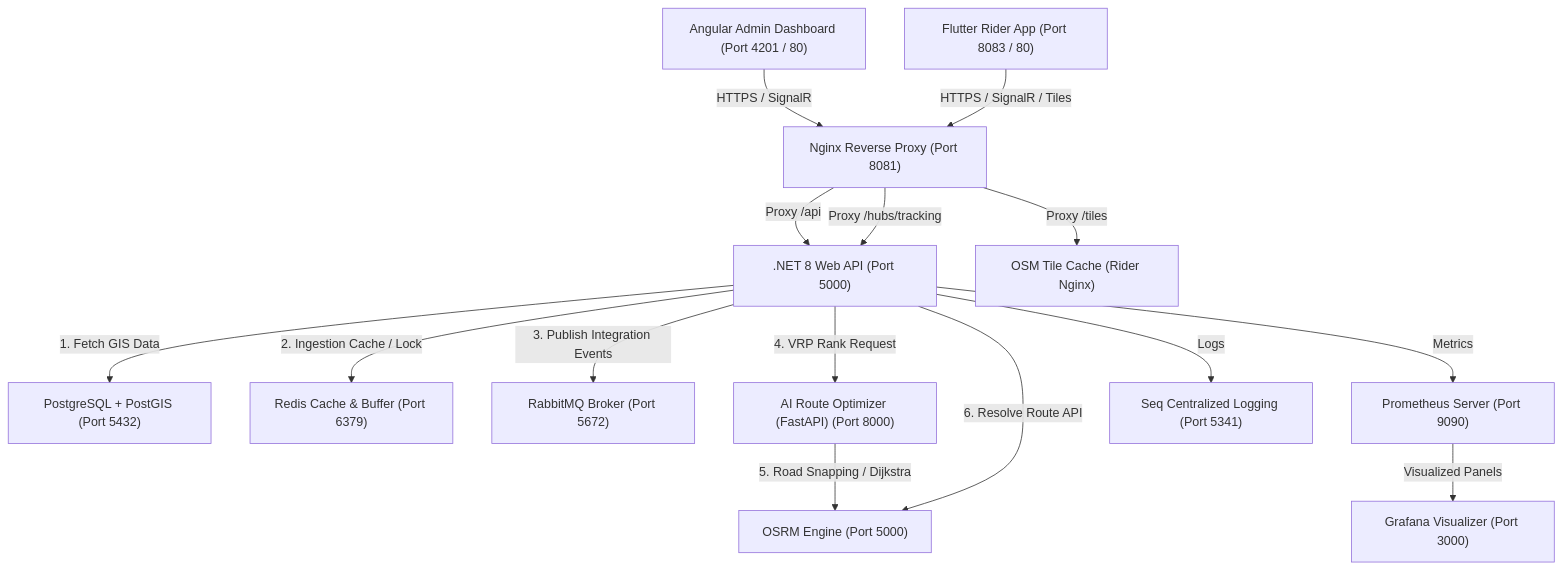
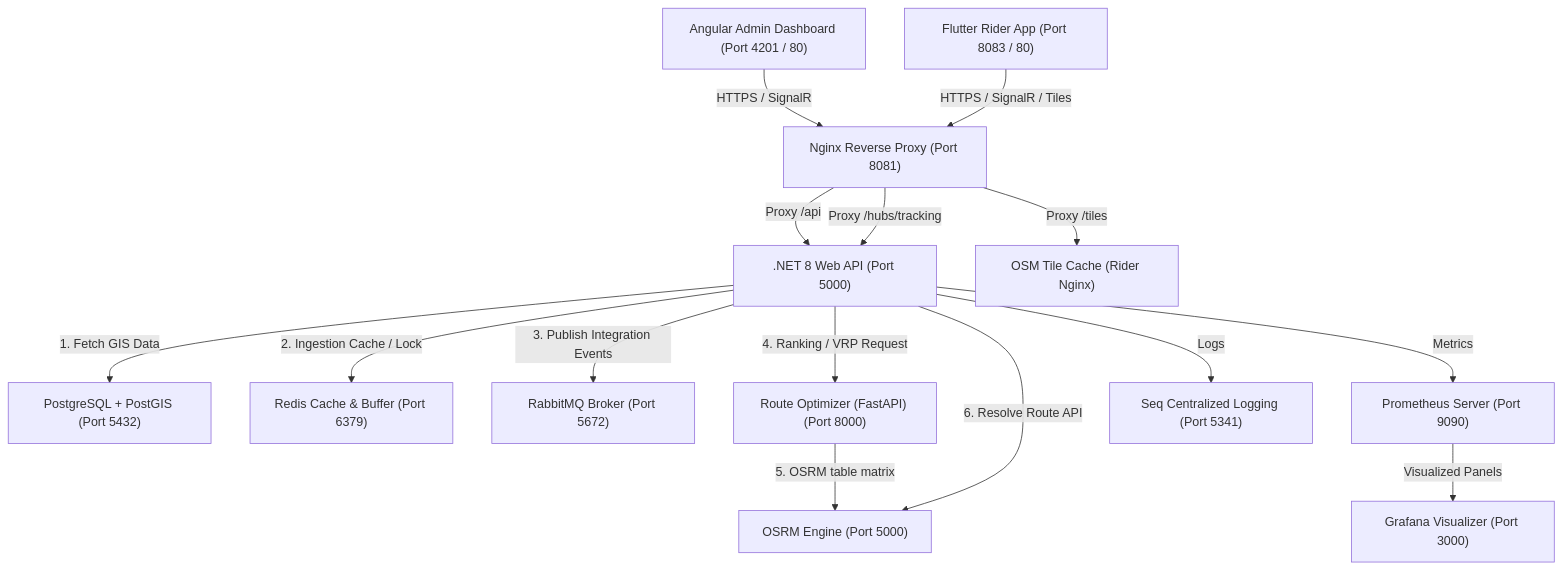
One commit to NineMek04/Delivery changed the first of 3 diagrams in Documents/development/SYSTEM-OVERVIEW.md. Above: the diagram before and after it, drawn with Mermaid. The commit also changed other lines of this file and 103 other files, not shown here.

````diff
--- a/Documents/development/SYSTEM-OVERVIEW.md
+++ b/Documents/development/SYSTEM-OVERVIEW.md
@@ -11,26 +11,26 @@
 ```mermaid
 graph TD
     %% Clients
     AdminWeb["Angular Admin Dashboard (Port 4201 / 80)"] -->|HTTPS / SignalR| NginxProxy["Nginx Reverse Proxy (Port 8081)"]
     RiderApp["Flutter Rider App (Port 8083 / 80)"] -->|HTTPS / SignalR / Tiles| NginxProxy
 
     %% Proxy Routing
     NginxProxy -->|Proxy /api| BackendAPI[".NET 8 Web API (Port 5000)"]
     NginxProxy -->|Proxy /hubs/tracking| BackendAPI
     NginxProxy -->|Proxy /tiles| TileCache["OSM Tile Cache (Rider Nginx)"]
 
     %% Backend Layer
     BackendAPI -->|1. Fetch GIS Data| PostGIS["PostgreSQL + PostGIS (Port 5432)"]
     BackendAPI -->|2. Ingestion Cache / Lock| Redis["Redis Cache & Buffer (Port 6379)"]
     BackendAPI -->|3. Publish Integration Events| RabbitMQ["RabbitMQ Broker (Port 5672)"]
 
-    %% AI & Navigation Engine
-    BackendAPI -->|4. VRP Rank Request| AIEngine["AI Route Optimizer (FastAPI) (Port 8000)"]
-    AIEngine -->|5. Road Snapping / Dijkstra| OSRM["OSRM Engine (Port 5000)"]
+    %% Route Optimization & Navigation Engine
+    BackendAPI -->|4. Ranking / VRP Request| RouteOptimizer["Route Optimizer (FastAPI) (Port 8000)"]
+    RouteOptimizer -->|5. OSRM table matrix| OSRM["OSRM Engine (Port 5000)"]
     BackendAPI -->|6. Resolve Route API| OSRM
 
     %% Observability Stack
     BackendAPI -->|Metrics| Prometheus["Prometheus Server (Port 9090)"]
     Prometheus -->|Visualized Panels| Grafana["Grafana Visualizer (Port 3000)"]
     BackendAPI -->|Logs| SeqLog["Seq Centralized Logging (Port 5341)"]
 ```
````
